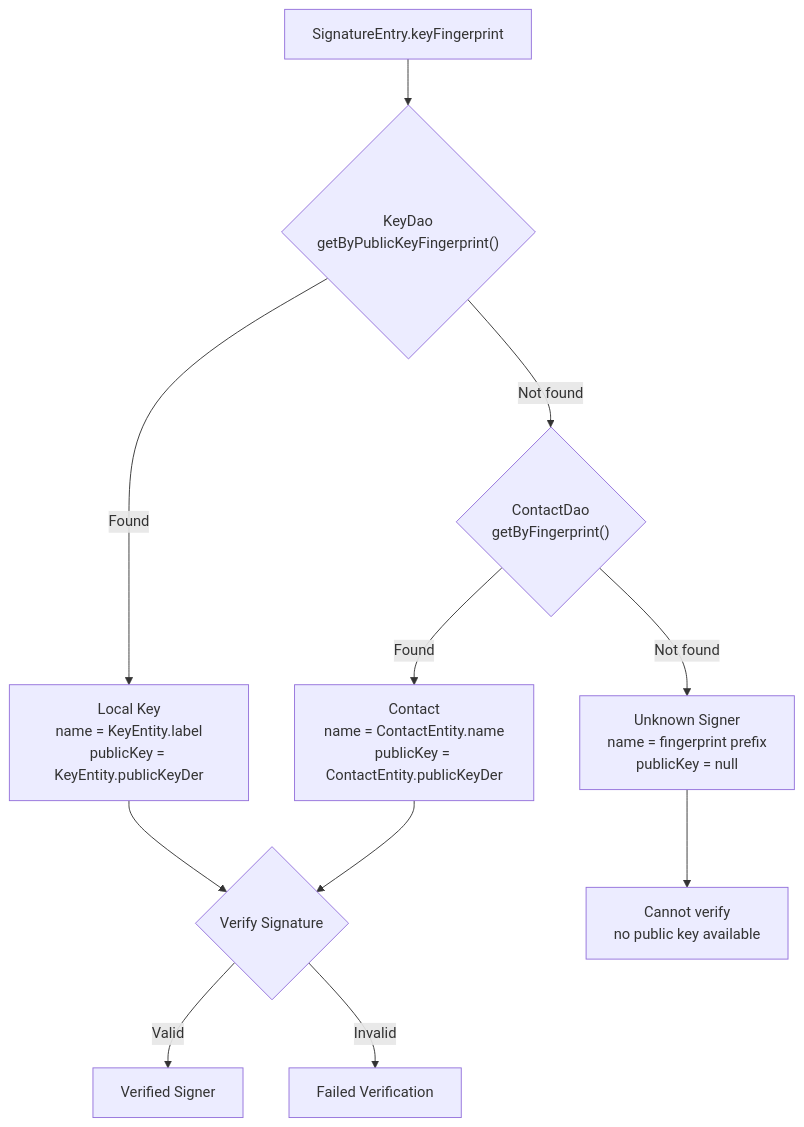
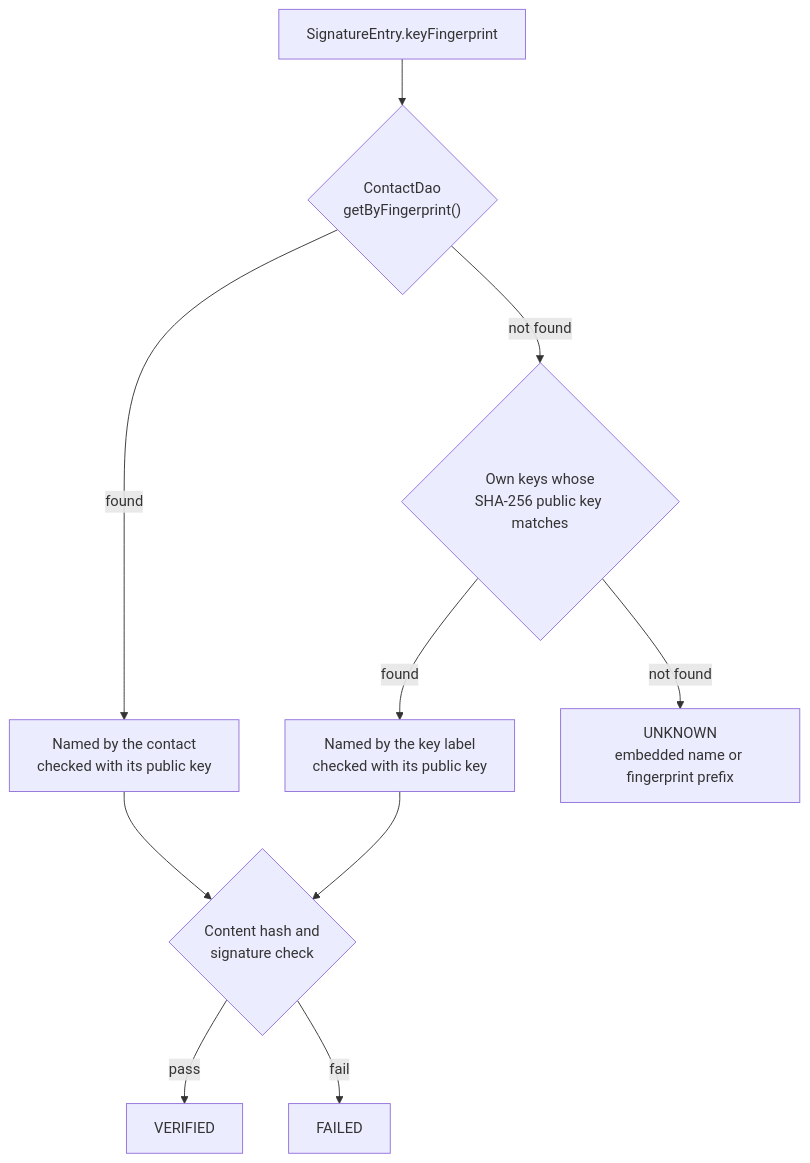
The diagram in docs/contacts/engineering.md (jeremyhahn/xkey-android), drawn with Mermaid before and after one commit. The commit also changed other lines of this file and 39 other files, not shown here.

````diff
--- a/docs/contacts/engineering.md
+++ b/docs/contacts/engineering.md
@@ -174,15 +111,12 @@
 ```mermaid
 graph TB
-    Start[SignatureEntry.keyFingerprint] --> KeyDao{"KeyDao<br/>getByPublicKeyFingerprint()"}
-    KeyDao -->|Found| LocalKey[Local Key<br/>name = KeyEntity.label<br/>publicKey = KeyEntity.publicKeyDer]
-    KeyDao -->|Not found| ContactDao{"ContactDao<br/>getByFingerprint()"}
-    ContactDao -->|Found| Contact[Contact<br/>name = ContactEntity.name<br/>publicKey = ContactEntity.publicKeyDer]
-    ContactDao -->|Not found| Unknown[Unknown Signer<br/>name = fingerprint prefix<br/>publicKey = null]
-
-    LocalKey --> Verify{Verify Signature}
-    Contact --> Verify
-    Unknown --> CannotVerify[Cannot verify<br/>no public key available]
-
-    Verify -->|Valid| Verified[Verified Signer]
-    Verify -->|Invalid| Failed[Failed Verification]
+    Start[SignatureEntry.keyFingerprint] --> C{"ContactDao<br/>getByFingerprint()"}
+    C -->|found| Contact[Named by the contact<br/>checked with its public key]
+    C -->|not found| K{"Own keys whose<br/>SHA-256 public key matches"}
+    K -->|found| Local[Named by the key label<br/>checked with its public key]
+    K -->|not found| Unknown[UNKNOWN<br/>embedded name or fingerprint prefix]
+    Contact --> V{Content hash and<br/>signature check}
+    Local --> V
+    V -->|pass| Verified[VERIFIED]
+    V -->|fail| Failed[FAILED]
 ```
````
